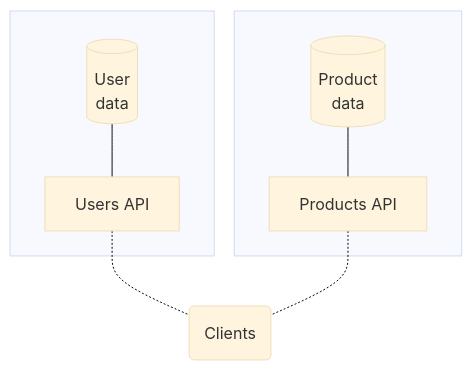
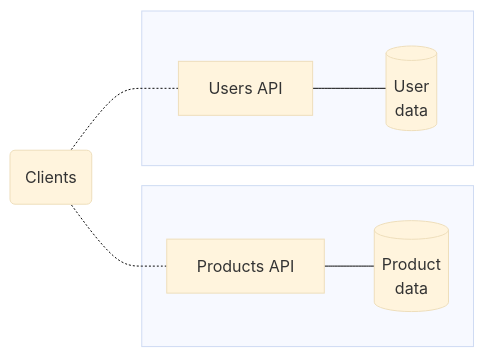
One commit to apollographql/federation changed the fourth of 8 diagrams in docs/source/index.mdx. Above: the diagram before and after it, drawn with Mermaid (base theme). The commit also changed other lines of this file and 6 other files, not shown here.

````diff
--- a/docs/source/index.mdx
+++ b/docs/source/index.mdx
@@ -141,18 +141,18 @@
 ```mermaid
-graph TB;
+graph RL;
   subgraph " ";
     databaseA[(User<br/>data)];
     serviceA[Users API];
     databaseA --- serviceA;
   end;
 
   subgraph " ";
     databaseB[(Product<br/>data)];
     serviceB[Products API];
     databaseB --- serviceB;
   end;
 
   clients(Clients);
   serviceA & serviceB -.- clients;
   class clients secondary;
 ```
````
